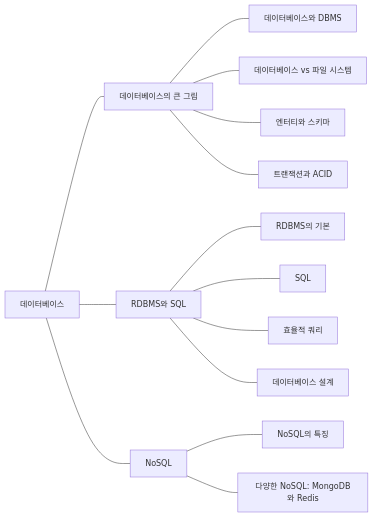
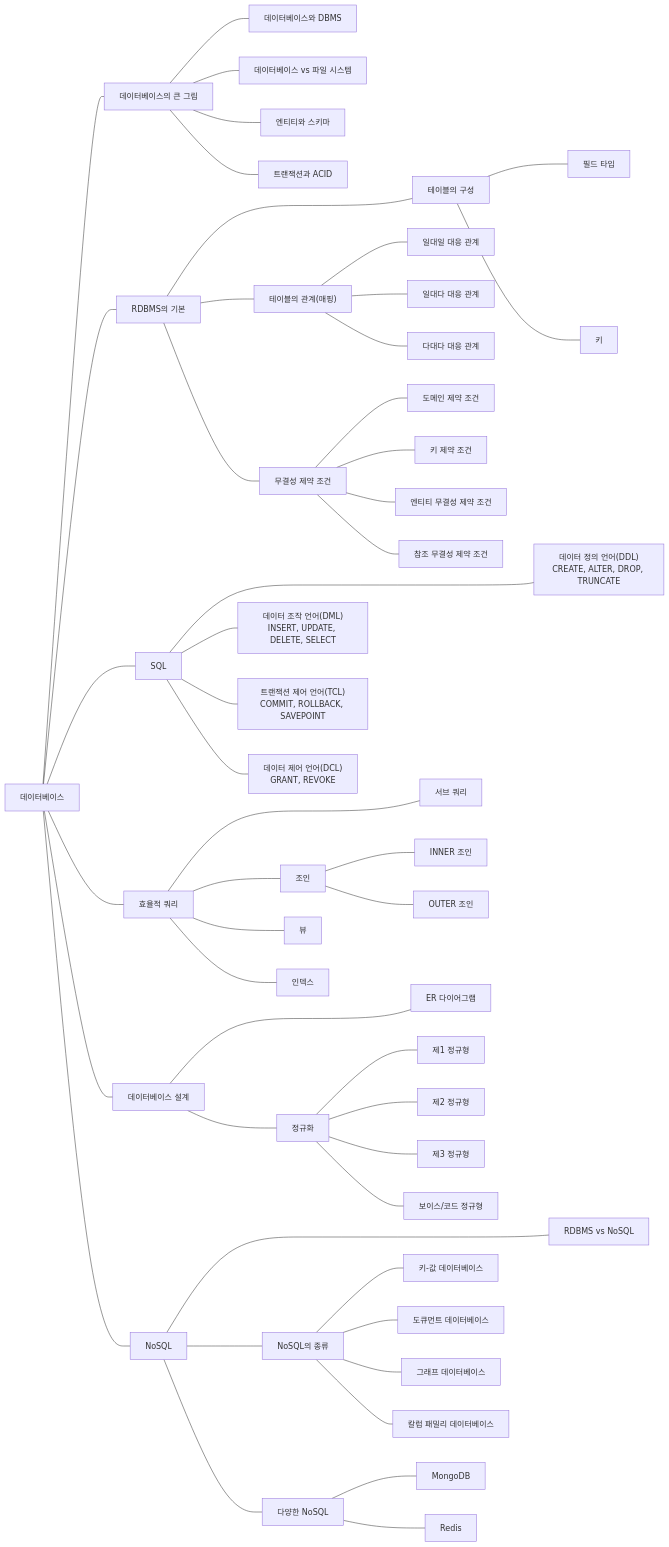
The diagram in _posts/cs/database/2026-05-01-database-guide.md (byahram/devlog), drawn with Mermaid before and after one commit. The commit also changed other lines of this file and 4 other files, not shown here.

````diff
--- a/_posts/cs/database/2026-05-01-database-guide.md
+++ b/_posts/cs/database/2026-05-01-database-guide.md
@@ -15,16 +15,61 @@
 ```mermaid
 flowchart LR
     db["데이터베이스"] --- overview["데이터베이스의 큰 그림"]
     overview --- dbms["데이터베이스와 DBMS"]
     overview --- files["데이터베이스 vs 파일 시스템"]
-    overview --- schema["엔터티와 스키마"]
-    overview --- transaction["트랜잭션과 ACID"]
-    db --- relational["RDBMS와 SQL"]
-    relational --- basics["RDBMS의 기본"]
-    relational --- sql["SQL"]
-    relational --- query["효율적 쿼리"]
-    relational --- design["데이터베이스 설계"]
+    overview --- schema["엔티티와 스키마"]
+    overview --- tx["트랜잭션과 ACID"]
+
+    db --- rdbms_basics["RDBMS의 기본"]
+    rdbms_basics --- table_structure["테이블의 구성"]
+    table_structure --- field_type["필드 타입"]
+    table_structure --- keys["키"]
+    rdbms_basics --- table_rel["테이블의 관계(매핑)"]
+    table_rel --- rel_1_1["일대일 대응 관계"]
+    table_rel --- rel_1_n["일대다 대응 관계"]
+    table_rel --- rel_n_m["다대다 대응 관계"]
+    rdbms_basics --- integrity["무결성 제약 조건"]
+    integrity --- domain_integ["도메인 제약 조건"]
+    integrity --- key_integ["키 제약 조건"]
+    integrity --- entity_integ["엔티티 무결성 제약 조건"]
+    integrity --- referential_integ["참조 무결성 제약 조건"]
+
+    db --- sql["SQL"]
+    sql --- ddl["데이터 정의 언어(DDL)<br/>CREATE, ALTER, DROP, TRUNCATE"]
+    sql --- dml["데이터 조작 언어(DML)<br/>INSERT, UPDATE, DELETE, SELECT"]
+    sql --- tcl["트랜잭션 제어 언어(TCL)<br/>COMMIT, ROLLBACK, SAVEPOINT"]
+    sql --- dcl["데이터 제어 언어(DCL)<br/>GRANT, REVOKE"]
+
+    db --- query["효율적 쿼리"]
+    query --- subquery["서브 쿼리"]
+    query --- join["조인"]
+    join --- inner_join["INNER 조인"]
+    join --- outer_join["OUTER 조인"]
+    query --- view["뷰"]
+    query --- index["인덱스"]
+
+    db --- design["데이터베이스 설계"]
+    design --- erd["ER 다이어그램"]
+    design --- normalization["정규화"]
+    normalization --- nf1["제1 정규형"]
+    normalization --- nf2["제2 정규형"]
+    normalization --- nf3["제3 정규형"]
+    normalization --- bcnf["보이스/코드 정규형"]
+
     db --- nosql["NoSQL"]
-    nosql --- features["NoSQL의 특징"]
-    nosql --- products["다양한 NoSQL: MongoDB와 Redis"]
+    nosql --- rdb_vs_nosql["RDBMS vs NoSQL"]
+    nosql --- nosql_types["NoSQL의 종류"]
+    nosql_types --- kv_store["키-값 데이터베이스"]
+    nosql_types --- doc_store["도큐먼트 데이터베이스"]
+    nosql_types --- graph_store["그래프 데이터베이스"]
+    nosql_types --- column_store["칼럼 패밀리 데이터베이스"]
+    nosql --- nosql_products["다양한 NoSQL"]
+    nosql_products --- mongodb["MongoDB"]
+    nosql_products --- redis["Redis"]
+
+    tx ~~~ table_structure
+    referential_integ ~~~ ddl
+    dcl ~~~ subquery
+    index ~~~ erd
+    bcnf ~~~ rdb_vs_nosql
 ```
````
